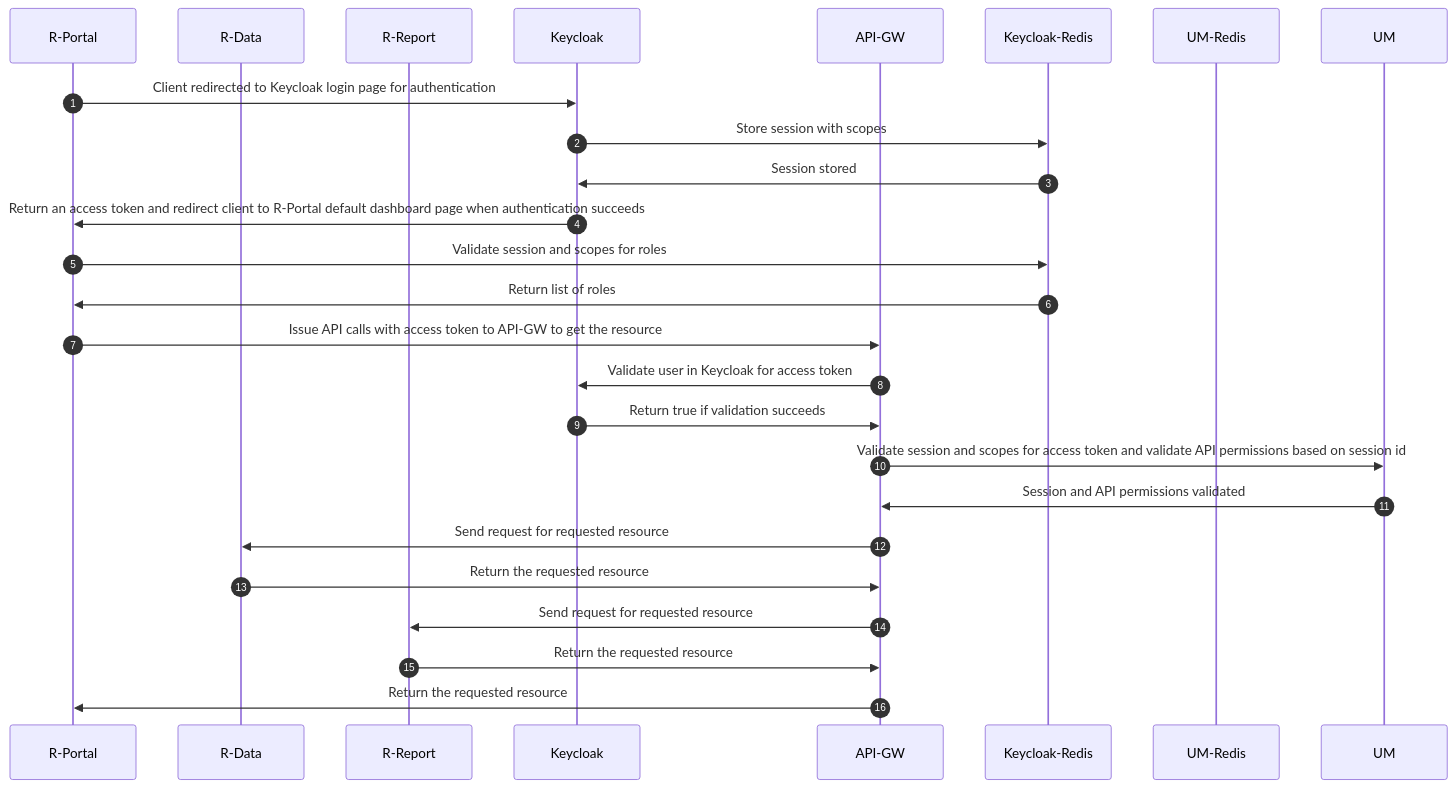
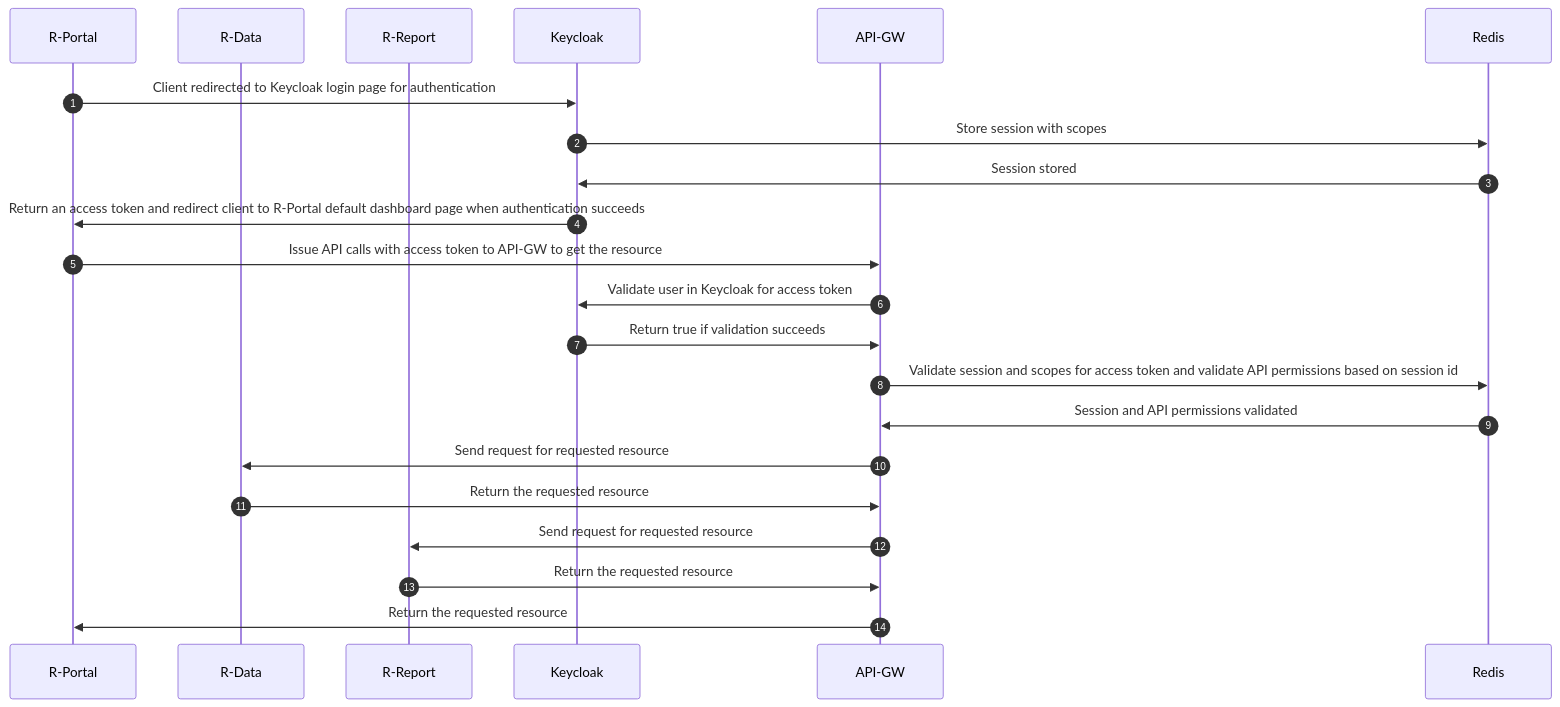
Before and after one commit to jayrzhang/R-Auth: the fourth of 4 diagrams in R-Auth.md, drawn with Mermaid.

````diff
--- a/R-Auth.md
+++ b/R-Auth.md
@@ -91,27 +91,24 @@
 ``` mermaid
     sequenceDiagram
     autonumber
     participant R-Portal
     participant R-Data
     participant R-Report
     participant Keycloak
     participant API-GW
-    participant Keycloak-Redis
-    participant UM-Redis
+    participant Redis
     R-Portal->>Keycloak: Client redirected to Keycloak login page for authentication
-    Keycloak->>Keycloak-Redis: Store session with scopes
-    Keycloak-Redis->>Keycloak: Session stored
+    Keycloak->>Redis: Store session with scopes
+    Redis->>Keycloak: Session stored
     Keycloak->>R-Portal: Return an access token and redirect client to R-Portal default dashboard page when authentication succeeds
-    R-Portal->>Keycloak-Redis: Validate session and scopes for roles
-    Keycloak-Redis->>R-Portal: Return list of roles
     R-Portal->>API-GW: Issue API calls with access token to API-GW to get the resource
     API-GW->>Keycloak: Validate user in Keycloak for access token
     Keycloak->>API-GW: Return true if validation succeeds
-    API-GW->>UM: Validate session and scopes for access token and validate API permissions based on session id
-    UM->>API-GW: Session and API permissions validated
+    API-GW->>Redis: Validate session and scopes for access token and validate API permissions based on session id
+    Redis->>API-GW: Session and API permissions validated
     API-GW->>R-Data: Send request for requested resource
     R-Data->>API-GW: Return the requested resource
     API-GW->>R-Report: Send request for requested resource
     R-Report->>API-GW: Return the requested resource
     API-GW->>R-Portal: Return the requested resource
 ```
````
